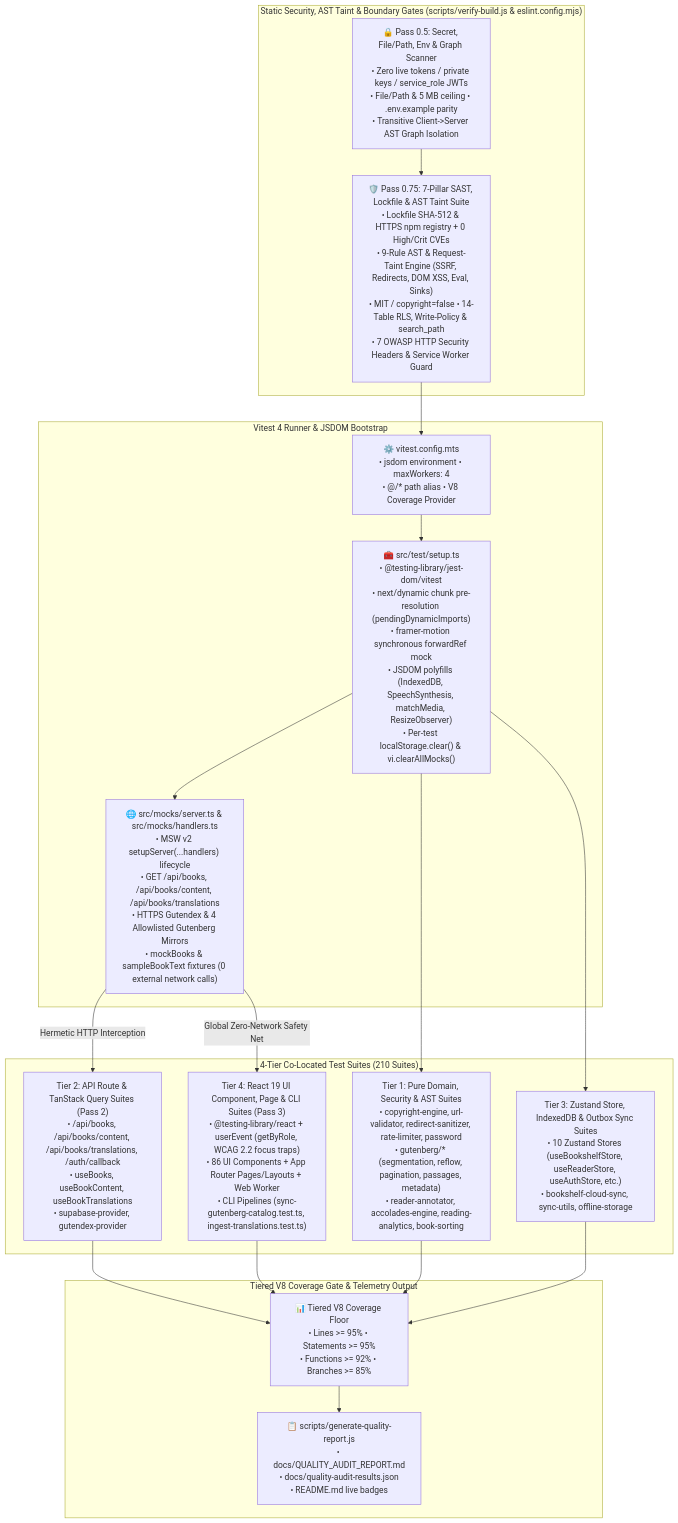
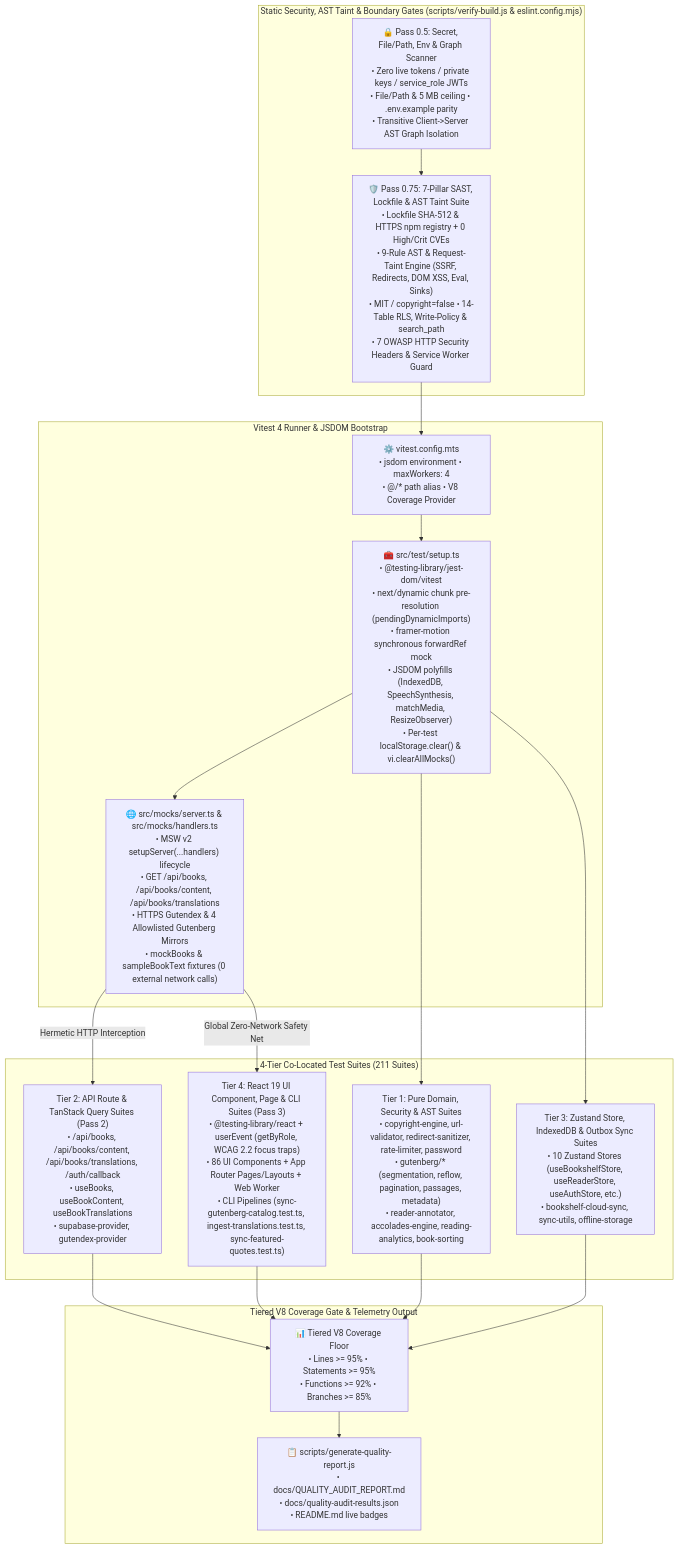
Before and after one commit to calin-m/Bookarium: the eighth of 11 diagrams in docs/ARCHITECTURE.md, drawn with Mermaid. The commit also changed other lines of this file and 42 other files, not shown here.

First line of the commit message:
feat(quotes): add Supabase public.books.quotes store, 3-worker PGLAF mirror ingestion, and hero 3D spread parity

````diff
--- a/docs/ARCHITECTURE.md
+++ b/docs/ARCHITECTURE.md
@@ -1033,39 +1036,39 @@
 ```mermaid
 flowchart TD
     subgraph SecurityGates ["Static Security, AST Taint & Boundary Gates (scripts/verify-build.js & eslint.config.mjs)"]
         Pass05["🔒 Pass 0.5: Secret, File/Path, Env & Graph Scanner\n• Zero live tokens / private keys / service_role JWTs\n• File/Path & 5 MB ceiling • .env.example parity\n• Transitive Client->Server AST Graph Isolation"]
         Pass075["🛡️ Pass 0.75: 7-Pillar SAST, Lockfile & AST Taint Suite\n• Lockfile SHA-512 & HTTPS npm registry + 0 High/Crit CVEs\n• 9-Rule AST & Request-Taint Engine (SSRF, Redirects, DOM XSS, Eval, Sinks)\n• MIT / copyright=false • 14-Table RLS, Write-Policy & search_path\n• 7 OWASP HTTP Security Headers & Service Worker Guard"]
     end
 
     subgraph TestRunner ["Vitest 4 Runner & JSDOM Bootstrap"]
         VitestCfg["⚙️ vitest.config.mts\n• jsdom environment • maxWorkers: 4\n• @/* path alias • V8 Coverage Provider"]
         TestSetup["🧰 src/test/setup.ts\n• @testing-library/jest-dom/vitest\n• next/dynamic chunk pre-resolution (pendingDynamicImports)\n• framer-motion synchronous forwardRef mock\n• JSDOM polyfills (IndexedDB, SpeechSynthesis, matchMedia, ResizeObserver)\n• Per-test localStorage.clear() & vi.clearAllMocks()"]
         MSWServer["🌐 src/mocks/server.ts & src/mocks/handlers.ts\n• MSW v2 setupServer(...handlers) lifecycle\n• GET /api/books, /api/books/content, /api/books/translations\n• HTTPS Gutendex & 4 Allowlisted Gutenberg Mirrors\n• mockBooks & sampleBookText fixtures (0 external network calls)"]
     end
 
-    subgraph TestTiers ["4-Tier Co-Located Test Suites (210 Suites)"]
+    subgraph TestTiers ["4-Tier Co-Located Test Suites (211 Suites)"]
         Tier1["Tier 1: Pure Domain, Security & AST Suites\n• copyright-engine, url-validator, redirect-sanitizer, rate-limiter, password\n• gutenberg/* (segmentation, reflow, pagination, passages, metadata)\n• reader-annotator, accolades-engine, reading-analytics, book-sorting"]
         Tier2["Tier 2: API Route & TanStack Query Suites (Pass 2)\n• /api/books, /api/books/content, /api/books/translations, /auth/callback\n• useBooks, useBookContent, useBookTranslations\n• supabase-provider, gutendex-provider"]
         Tier3["Tier 3: Zustand Store, IndexedDB & Outbox Sync Suites\n• 10 Zustand Stores (useBookshelfStore, useReaderStore, useAuthStore, etc.)\n• bookshelf-cloud-sync, sync-utils, offline-storage"]
-        Tier4["Tier 4: React 19 UI Component, Page & CLI Suites (Pass 3)\n• @testing-library/react + userEvent (getByRole, WCAG 2.2 focus traps)\n• 86 UI Components + App Router Pages/Layouts + Web Worker\n• CLI Pipelines (sync-gutenberg-catalog.test.ts, ingest-translations.test.ts)"]
+        Tier4["Tier 4: React 19 UI Component, Page & CLI Suites (Pass 3)\n• @testing-library/react + userEvent (getByRole, WCAG 2.2 focus traps)\n• 86 UI Components + App Router Pages/Layouts + Web Worker\n• CLI Pipelines (sync-gutenberg-catalog.test.ts, ingest-translations.test.ts, sync-featured-quotes.test.ts)"]
     end
 
     subgraph CoverageGate ["Tiered V8 Coverage Gate & Telemetry Output"]
         V8Thresholds["📊 Tiered V8 Coverage Floor\n• Lines >= 95% • Statements >= 95%\n• Functions >= 92% • Branches >= 85%"]
         QualityReport["📋 scripts/generate-quality-report.js\n• docs/QUALITY_AUDIT_REPORT.md\n• docs/quality-audit-results.json\n• README.md live badges"]
     end
 
     Pass05 --> Pass075
     Pass075 --> VitestCfg
     VitestCfg --> TestSetup
     TestSetup --> MSWServer
     TestSetup --> Tier1
     MSWServer -->|"Hermetic HTTP Interception"| Tier2
     TestSetup --> Tier3
     MSWServer -->|"Global Zero-Network Safety Net"| Tier4
     Tier1 --> V8Thresholds
     Tier2 --> V8Thresholds
     Tier3 --> V8Thresholds
     Tier4 --> V8Thresholds
     V8Thresholds --> QualityReport
 ```
````
